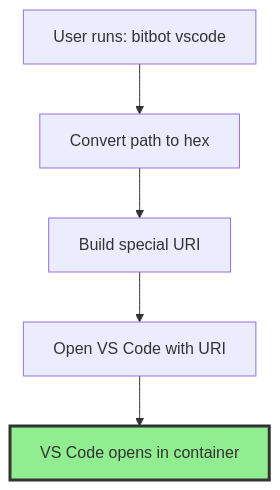
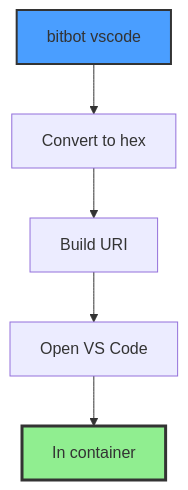
Before and after one commit to ManuelKugelmann/BitBot: the third of 6 diagrams in sparc/3-architecture/diagrams/04-vscode-integration.md, drawn with Mermaid. The commit also changed other lines of this file and 5 other files, not shown here.

First line of the commit message:
Remove Docker from config mode in architecture diagrams

````diff
--- a/sparc/3-architecture/diagrams/04-vscode-integration.md
+++ b/sparc/3-architecture/diagrams/04-vscode-integration.md
@@ -72,15 +74,16 @@
 ```mermaid
 flowchart TD
-    USER[User runs: bitbot vscode]
-    HEX[Convert path to hex]
-    URI[Build special URI]
-    OPEN[Open VS Code with URI]
-    CONTAINER[VS Code opens in container]
+    USER[bitbot vscode]
+    HEX[Convert to hex]
+    URI[Build URI]
+    OPEN[Open VS Code]
+    CONTAINER[In container]
 
     USER --> HEX
     HEX --> URI
     URI --> OPEN
     OPEN --> CONTAINER
 
+    style USER fill:#4a9eff,stroke:#333,stroke-width:2px
     style CONTAINER fill:#90ee90,stroke:#333,stroke-width:3px
 ```
````
